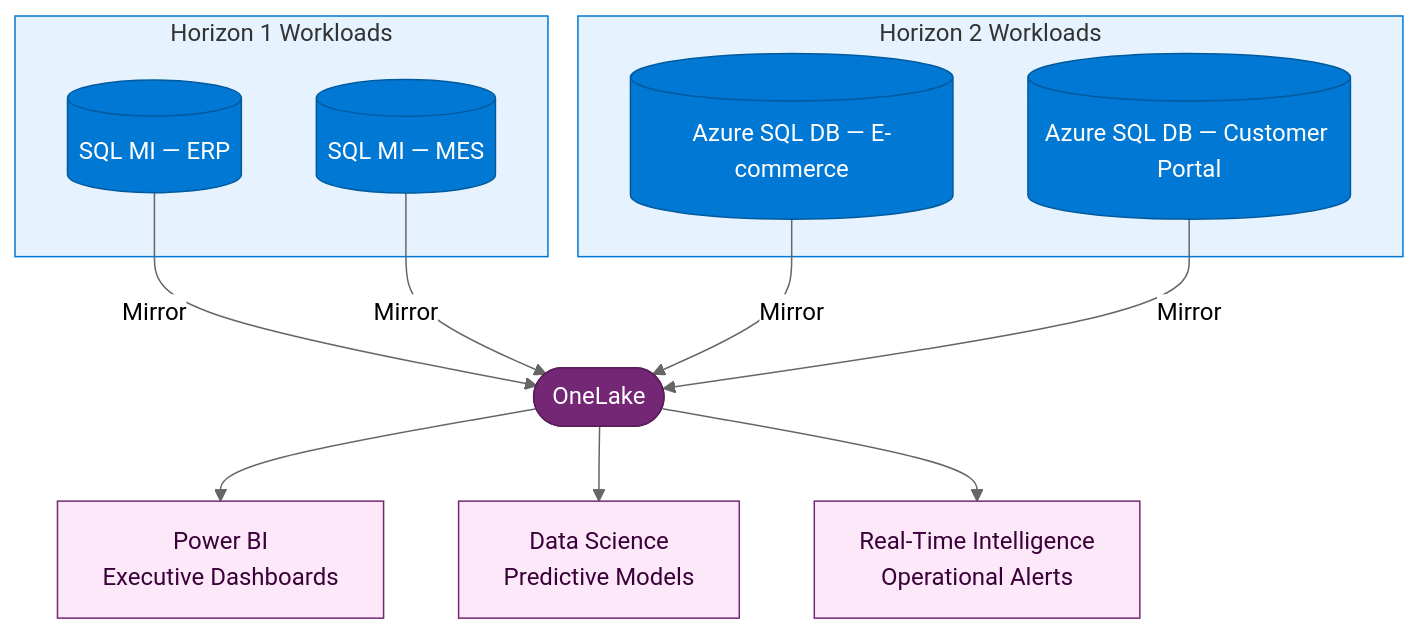
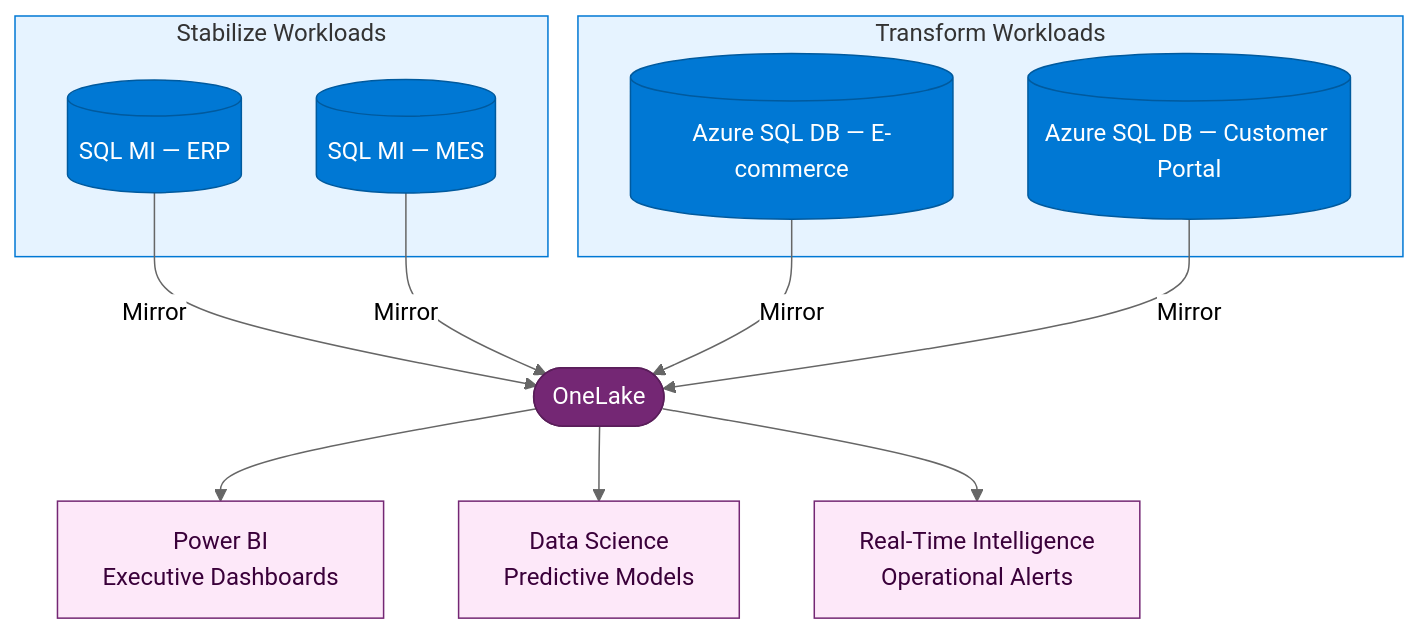
The diagram in site/src/content/docs/outcomes/index.md (jonathan-vella/dc2fabric), drawn with Mermaid before and after one commit. The commit also changed other lines of this file and 17 other files, not shown here.

````diff
--- a/site/src/content/docs/outcomes/index.md
+++ b/site/src/content/docs/outcomes/index.md
@@ -49,28 +49,28 @@
 ```mermaid
 %%{init: {'theme':'neutral'}}%%
 graph TB
   classDef sql     fill:#0078d4,stroke:#005a9e,color:#fff
   classDef onelake fill:#742774,stroke:#5a1e5a,color:#fff
   classDef bi      fill:#fde8f9,stroke:#742774,color:#3a003a
-  subgraph h1["Horizon 1 Workloads"]
+  subgraph h1["Stabilize Workloads"]
     MI1[("SQL MI — ERP")]:::sql
     MI2[("SQL MI — MES")]:::sql
   end
-  subgraph h2["Horizon 2 Workloads"]
+  subgraph h2["Transform Workloads"]
     DB1[("Azure SQL DB — E-commerce")]:::sql
     DB2[("Azure SQL DB — Customer Portal")]:::sql
   end
   OL(["OneLake"]):::onelake
   PBI["Power BI<br/>Executive Dashboards"]:::bi
   DS["Data Science<br/>Predictive Models"]:::bi
   RTI["Real-Time Intelligence<br/>Operational Alerts"]:::bi
   MI1 -->|"Mirror"| OL
   MI2 -->|"Mirror"| OL
   DB1 -->|"Mirror"| OL
   DB2 -->|"Mirror"| OL
   OL --> PBI
   OL --> DS
   OL --> RTI
   style h1 fill:#e6f3ff,stroke:#0078d4
   style h2 fill:#e6f3ff,stroke:#0078d4
 ```
````
